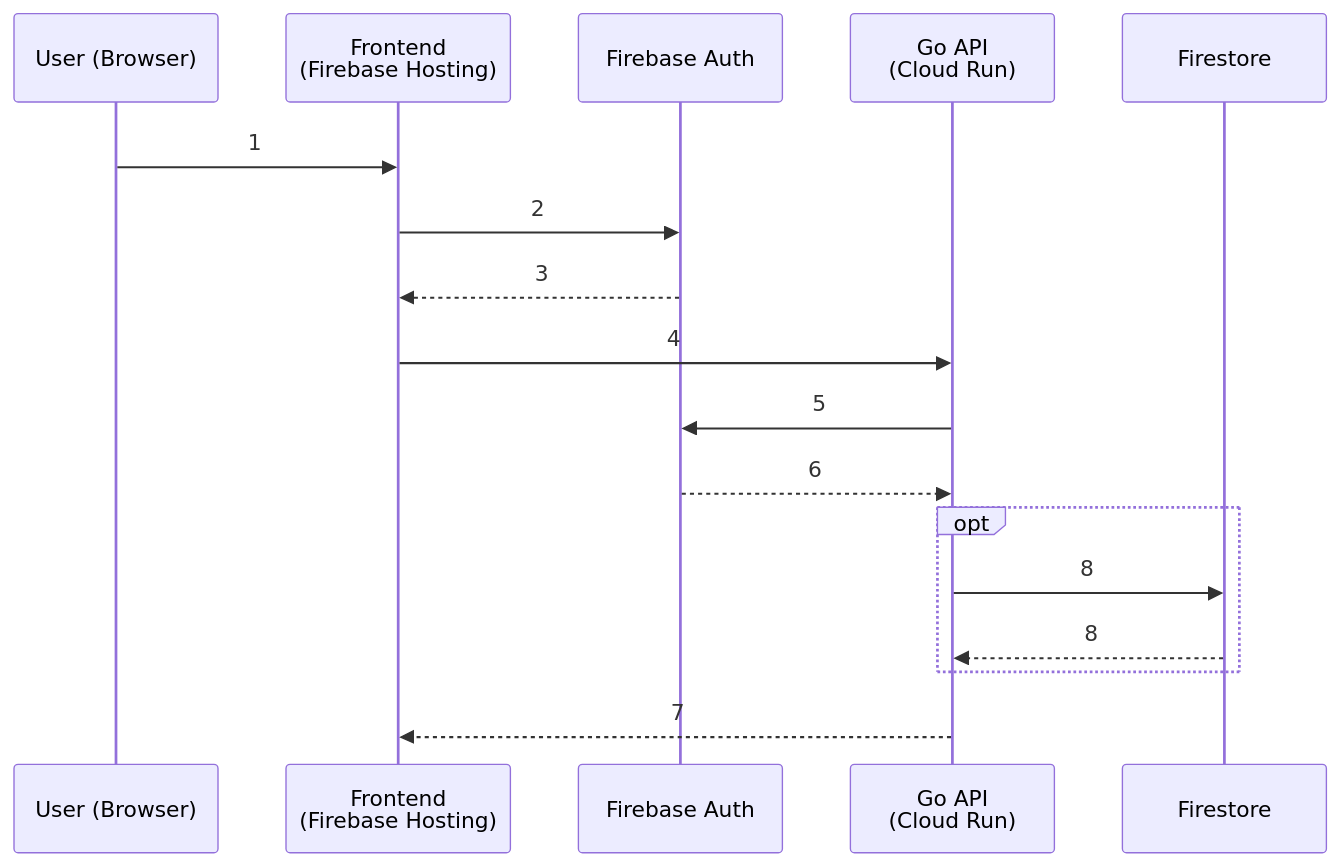
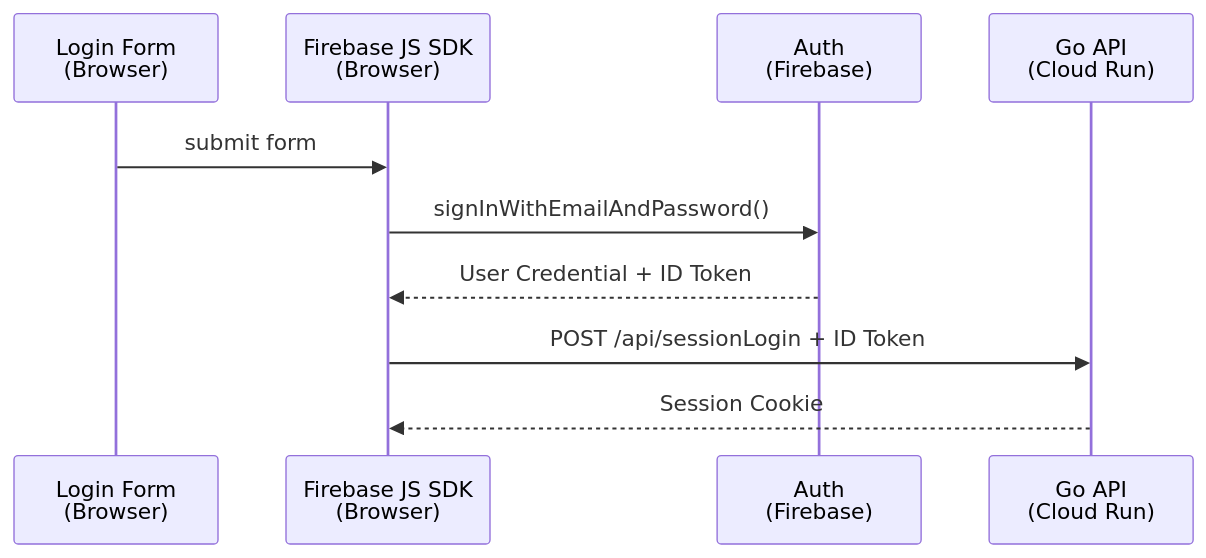
Before and after one commit to cheomanigua/bwadocs: the fourth of 4 diagrams in content/docs/authentication.md, drawn with Mermaid. The commit also changed other lines of this file and 3 other files, not shown here.

````diff
--- a/content/docs/authentication.md
+++ b/content/docs/authentication.md
@@ -139,20 +164,13 @@
 ```mermaid
 sequenceDiagram
-    participant User as User (Browser)
-    participant Frontend as Frontend<br/>(Firebase Hosting)
-    participant Auth as Firebase Auth
-    participant GoAPI as Go API<br/>(Cloud Run)
-    participant FS as Firestore
+    participant form as Login Form<br/>(Browser)
+    participant js as Firebase JS SDK<br/>(Browser)
+    participant auth as Auth<br/>(Firebase)
+    participant go as Go API<br/>(Cloud Run)
 
-    User->>Frontend: 1
-    Frontend->>Auth: 2
-    Auth-->>Frontend: 3
-    Frontend->>GoAPI: 4
-    GoAPI->>Auth: 5
-    Auth-->>GoAPI: 6
-    opt
-        GoAPI->>FS: 8
-        FS-->>GoAPI: 8
-    end
-    GoAPI-->>Frontend: 7
+    form->>js: submit form
+    js->>auth: signInWithEmailAndPassword()
+    auth-->>js: User Credential + ID Token
+    js->>go: POST /api/sessionLogin + ID Token
+    go-->>js: Session Cookie
 ```
````
